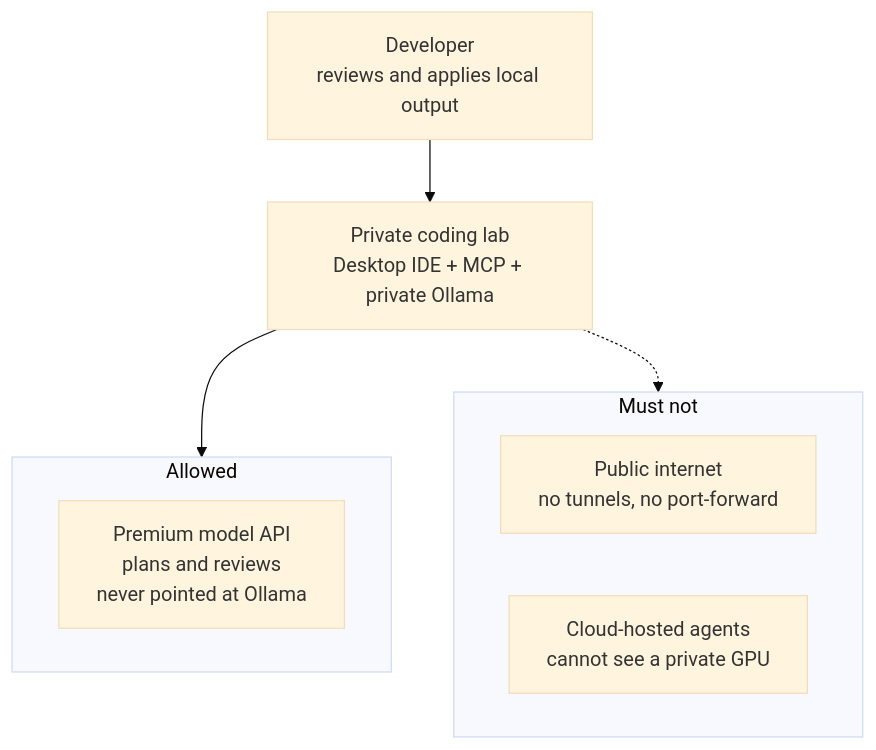
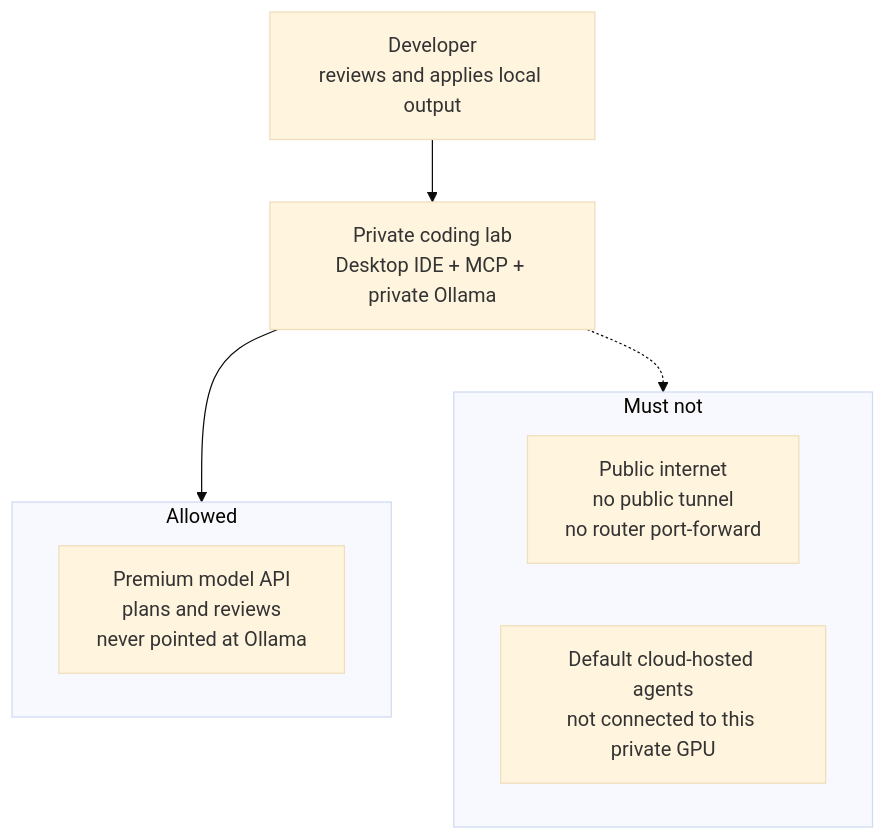
One commit to jmjava/slm-setup changed the first of 4 diagrams in docs/c4.md. Above: the diagram before and after it, drawn with Mermaid (base theme). The commit also changed other lines of this file and 3 other files, not shown here.

````diff
--- a/docs/c4.md
+++ b/docs/c4.md
@@ -18,19 +18,19 @@
 ```mermaid
 flowchart TB
   dev["Developer<br/>reviews and applies local output"]
   lab["Private coding lab<br/>Desktop IDE + MCP + private Ollama"]
 
   subgraph allowed["Allowed"]
     premium["Premium model API<br/>plans and reviews<br/>never pointed at Ollama"]
   end
 
   subgraph forbidden["Must not"]
     direction LR
-    pub["Public internet<br/>no tunnels, no port-forward"]
-    cloud["Cloud-hosted agents<br/>cannot see a private GPU"]
+    pub["Public internet<br/>no public tunnel<br/>no router port-forward"]
+    cloud["Default cloud-hosted agents<br/>not connected to this private GPU"]
   end
 
   dev --> lab
   lab --> allowed
   lab -.-> forbidden
 ```
````
